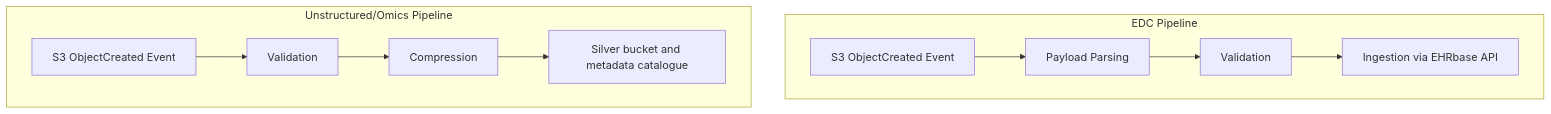
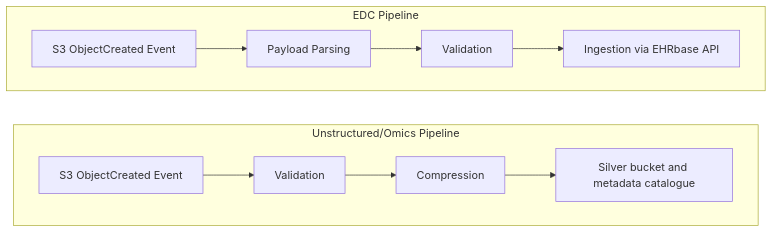
Before and after one commit to PedroMTQ/data_architecture_blueprint: the diagram in docs/data_processing_silver_layer.md, drawn with Mermaid. The commit also changed other lines of this file and 9 other files, not shown here.

````diff
--- a/docs/data_processing_silver_layer.md
+++ b/docs/data_processing_silver_layer.md
@@ -28,11 +28,12 @@
 ```mermaid
 flowchart TB
     subgraph edcPipeline [EDC Pipeline]
         direction LR
         E1[S3 ObjectCreated Event] --> E2[Payload Parsing] --> E3[Validation] --> E4[Ingestion via EHRbase API]
     end
     subgraph omicsPipeline [Unstructured/Omics Pipeline]
         direction LR
         U1[S3 ObjectCreated Event] --> U2[Validation] --> U3[Compression] --> U4[Silver bucket and metadata catalogue]
     end
+    edcPipeline ~~~ omicsPipeline
 ```
````
